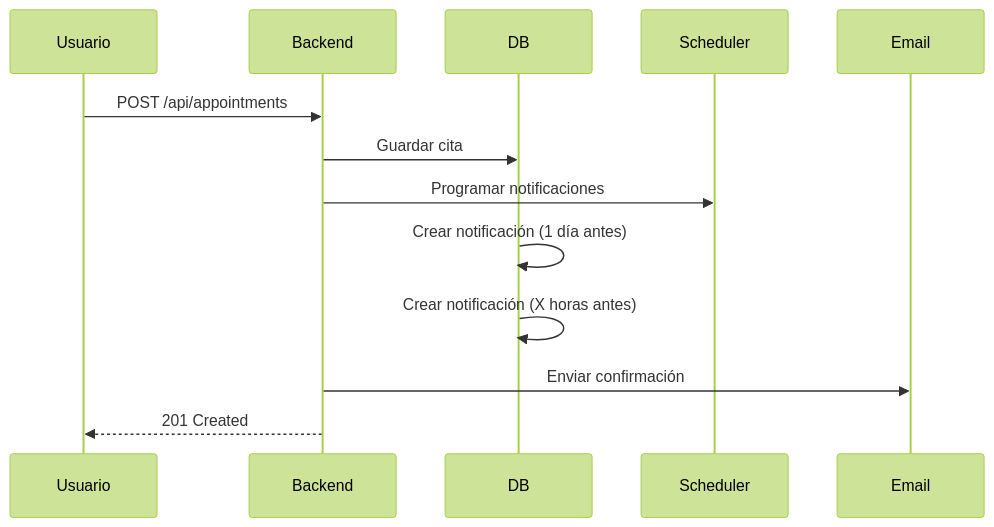
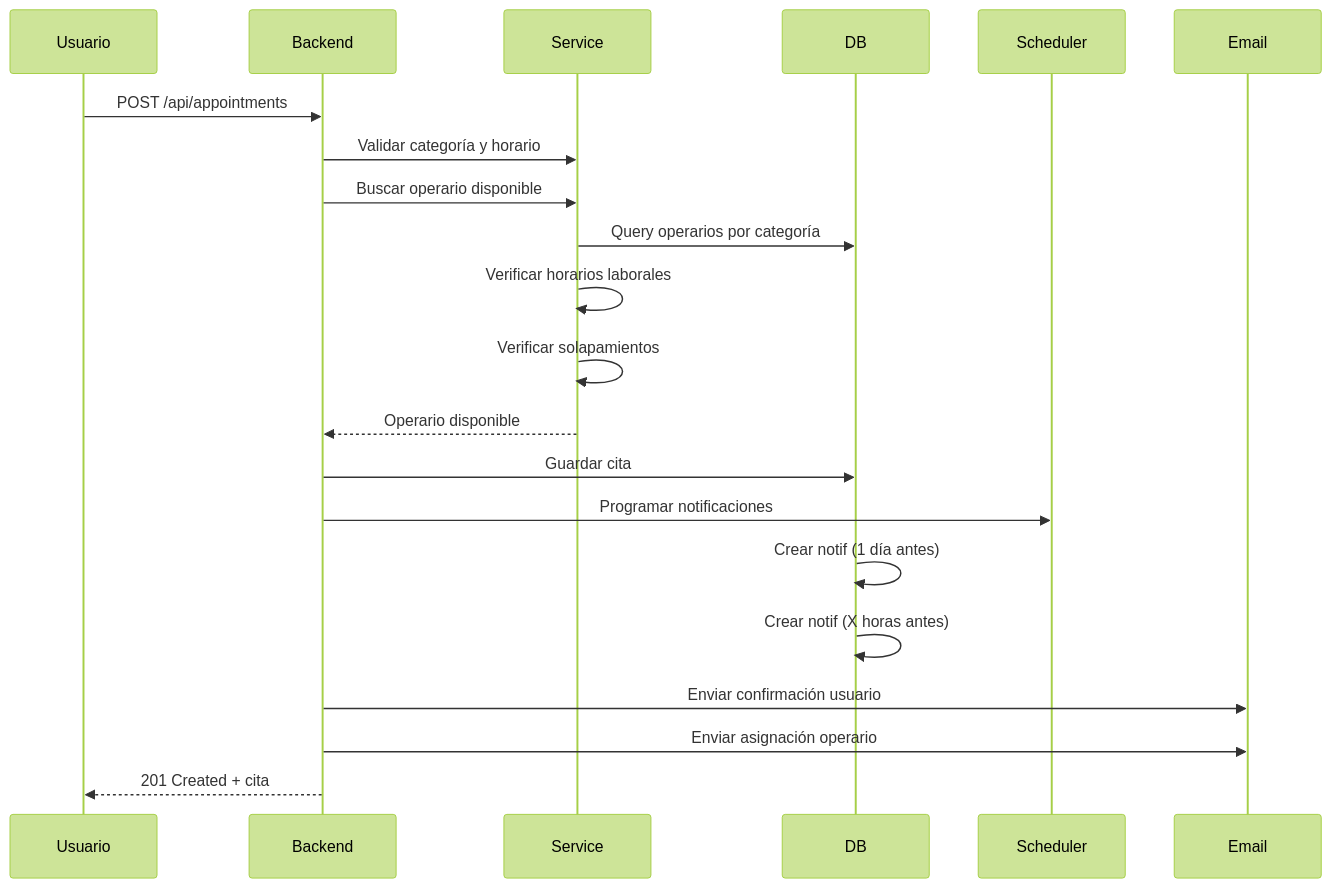
The second of 6 diagrams in appointments_backend/README.md (Andres-Martinez-2706/Proyecto_entornos), drawn with Mermaid (forest theme) before and after one commit. The commit also changed other lines of this file and 5 other files, not shown here.

````diff
--- a/appointments_backend/README.md
+++ b/appointments_backend/README.md
@@ -525,10 +1281,17 @@
 ```mermaid
 sequenceDiagram
     Usuario->>Backend: POST /api/appointments
+    Backend->>Service: Validar categoría y horario
+    Backend->>Service: Buscar operario disponible
+    Service->>DB: Query operarios por categoría
+    Service->>Service: Verificar horarios laborales
+    Service->>Service: Verificar solapamientos
+    Service-->>Backend: Operario disponible
     Backend->>DB: Guardar cita
     Backend->>Scheduler: Programar notificaciones
-    DB->>DB: Crear notificación (1 día antes)
-    DB->>DB: Crear notificación (X horas antes)
-    Backend->>Email: Enviar confirmación
-    Backend-->>Usuario: 201 Created
+    DB->>DB: Crear notif (1 día antes)
+    DB->>DB: Crear notif (X horas antes)
+    Backend->>Email: Enviar confirmación usuario
+    Backend->>Email: Enviar asignación operario
+    Backend-->>Usuario: 201 Created + cita
 ```
````
